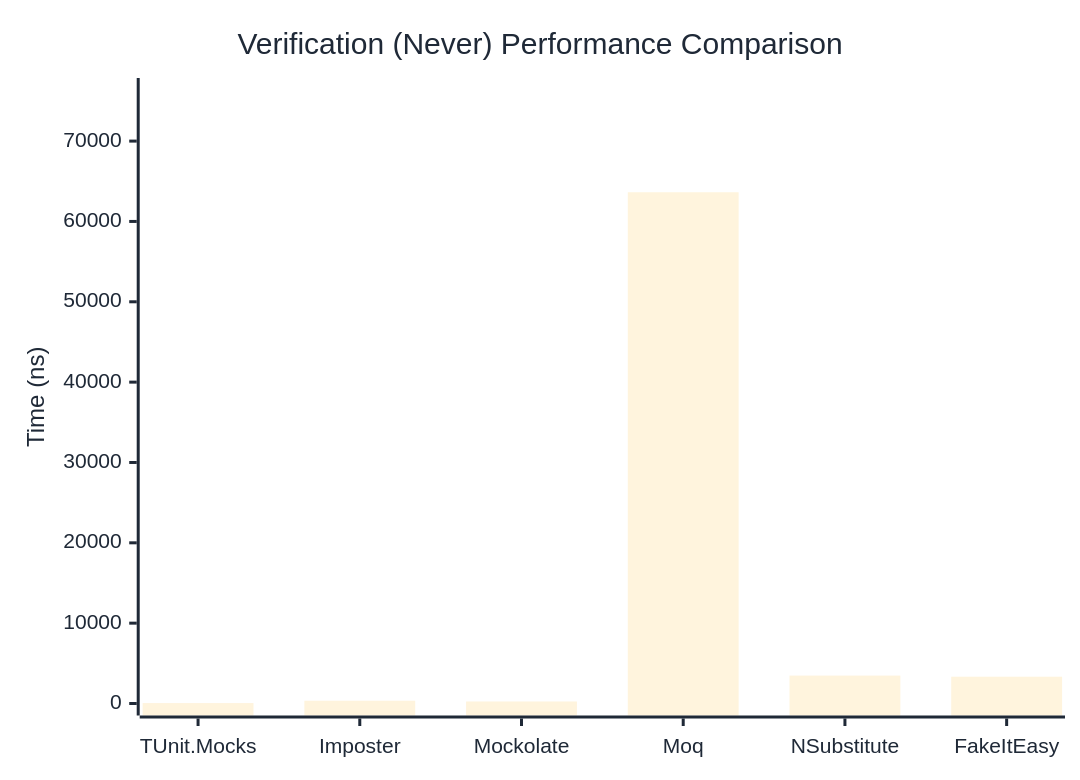
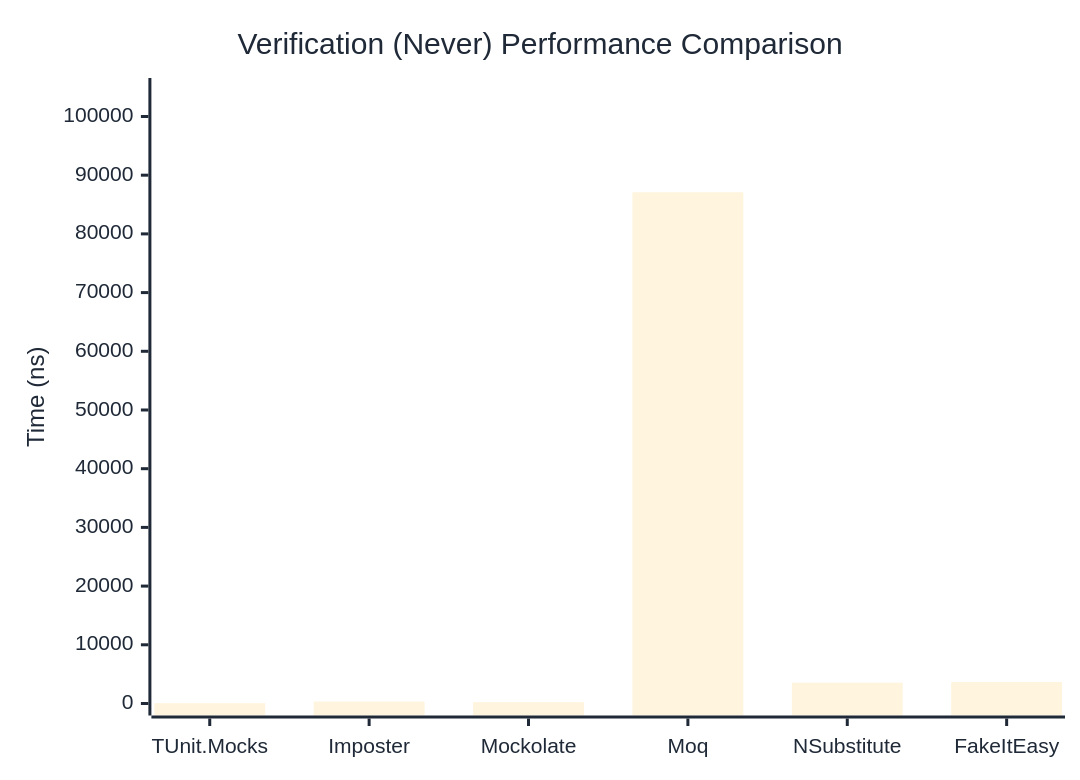
The second of 3 diagrams in docs/docs/benchmarks/mocks/Verification.md (thomhurst/TUnit), drawn with Mermaid before and after one commit. The commit also changed other lines of this file and 14 other files, not shown here.

````diff
--- a/docs/docs/benchmarks/mocks/Verification.md
+++ b/docs/docs/benchmarks/mocks/Verification.md
@@ -69,27 +69,27 @@
 ```mermaid
 %%{init: {
   'theme':'base',
   'themeVariables': {
     'primaryColor': '#2563eb',
     'primaryTextColor': '#1f2937',
     'primaryBorderColor': '#1e40af',
     'lineColor': '#6b7280',
     'secondaryColor': '#7c3aed',
     'tertiaryColor': '#dc2626',
     'background': '#ffffff',
     'pie1': '#2563eb',
     'pie2': '#7c3aed',
     'pie3': '#dc2626',
     'pie4': '#f59e0b',
     'pie5': '#10b981',
     'pie6': '#06b6d4',
     'pie7': '#ec4899',
     'pie8': '#6366f1'
   }
 }}%%
 xychart-beta
   title "Verification (Never) Performance Comparison"
   x-axis ["TUnit.Mocks", "Imposter", "Mockolate", "Moq", "NSubstitute", "FakeItEasy"]
-  y-axis "Time (ns)" 0 --> 76360
-  bar [52.48, 343.49, 252.98, 63632.74, 3474.7, 3334.04]
+  y-axis "Time (ns)" 0 --> 104511
+  bar [51.78, 328.29, 232.08, 87091.87, 3557.92, 3662.19]
 ```
````
